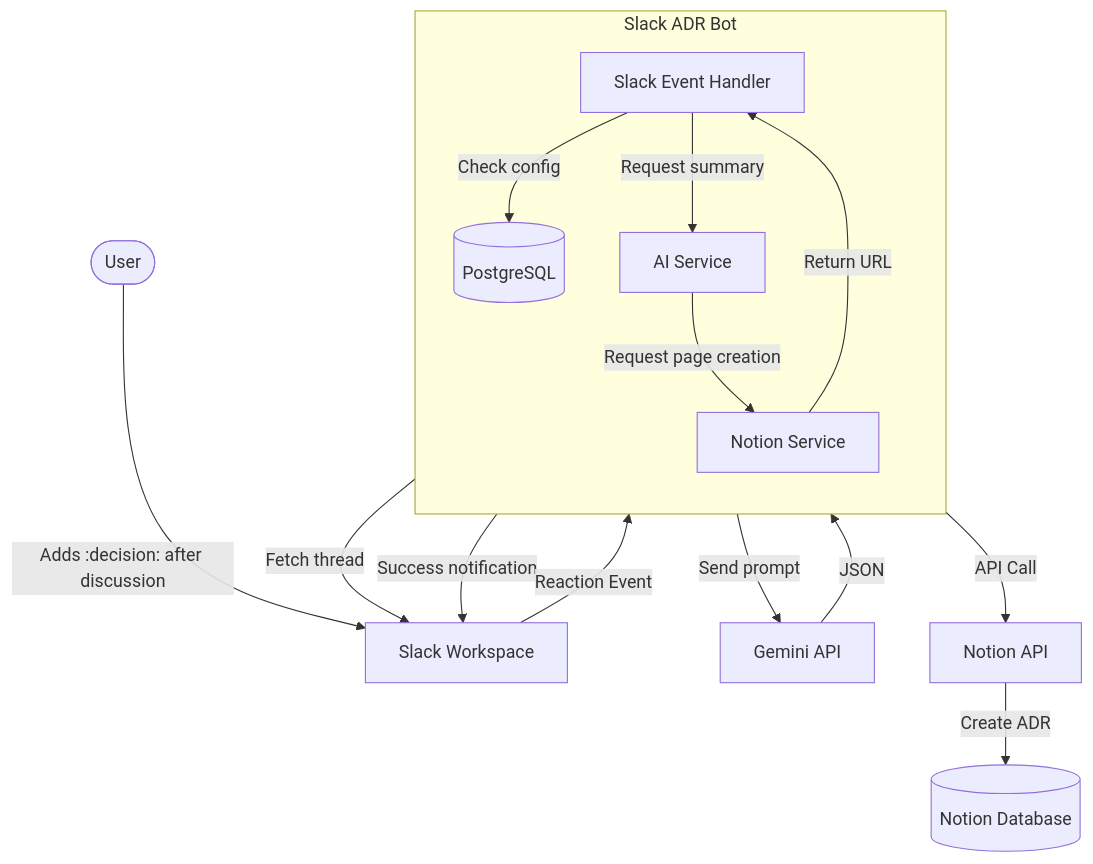
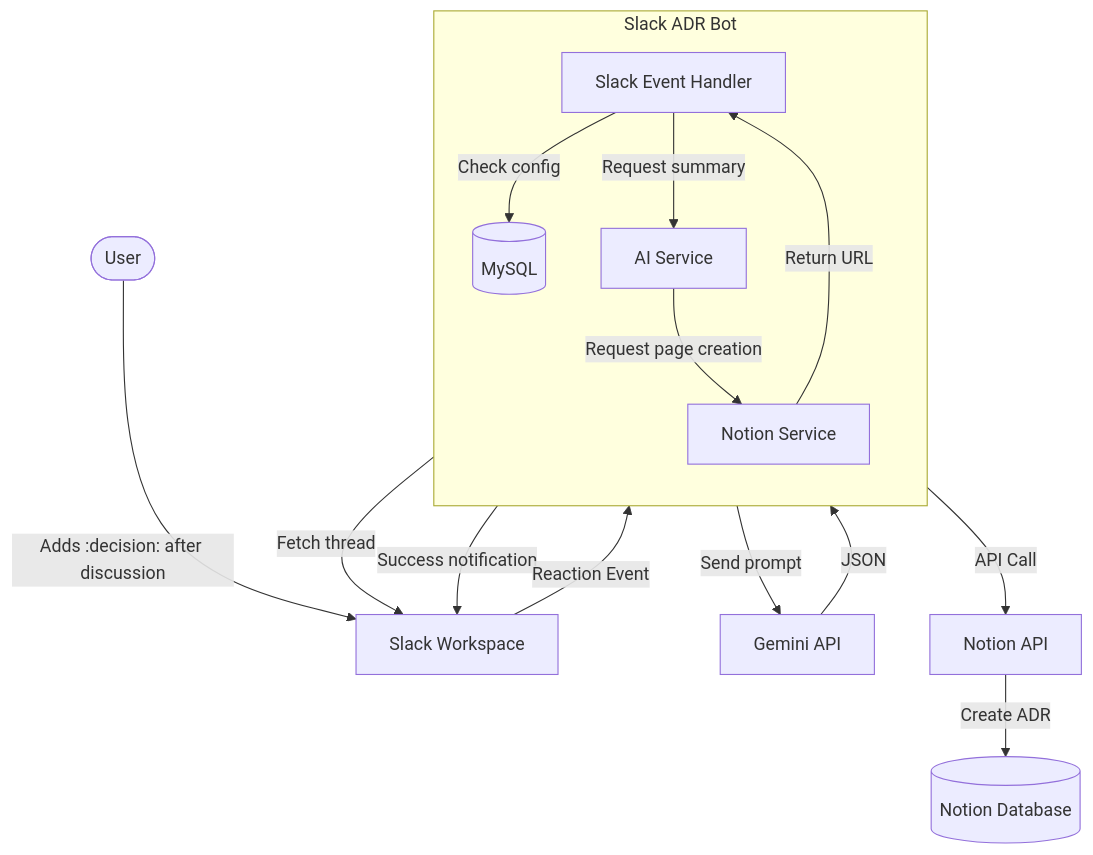
One commit to Syogo-Suganoya/slackADR changed the first of 4 diagrams in ARCHITECTURE.md. Above: the diagram before and after it, drawn with Mermaid. The commit also changed other lines of this file and 2 other files, not shown here.

````diff
--- a/ARCHITECTURE.md
+++ b/ARCHITECTURE.md
@@ -9,25 +9,25 @@
 ```mermaid
 graph TD
     User([User]) -- "Adds :decision: after discussion" --> Slack[Slack Workspace]
     Slack -- "Reaction Event" --> Bot[Slack ADR Bot]
     
     subgraph Bot [Slack ADR Bot]
         direction TB
         Handler[Slack Event Handler]
         AI[AI Service]
         Notion[Notion Service]
-        DB[(PostgreSQL)]
+        DB[(MySQL)]
     end
     
     Handler -- "Check config" --> DB
     Handler -- "Fetch thread" --> Slack
     Handler -- "Request summary" --> AI
     AI -- "Send prompt" --> Gemini[Gemini API]
     Gemini -- "JSON" --> AI
     AI -- "Request page creation" --> Notion
     Notion -- "API Call" --> NotionAPI[Notion API]
     NotionAPI -- "Create ADR" --> NotionDB[(Notion Database)]
     
     Notion -- "Return URL" --> Handler
     Handler -- "Success notification" --> Slack
 ```
````
